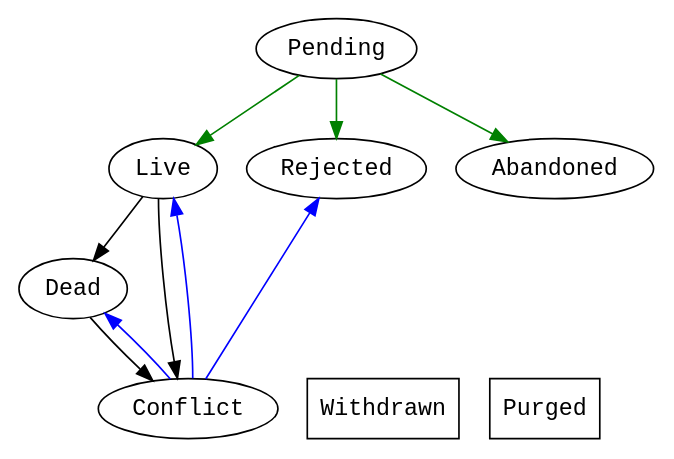
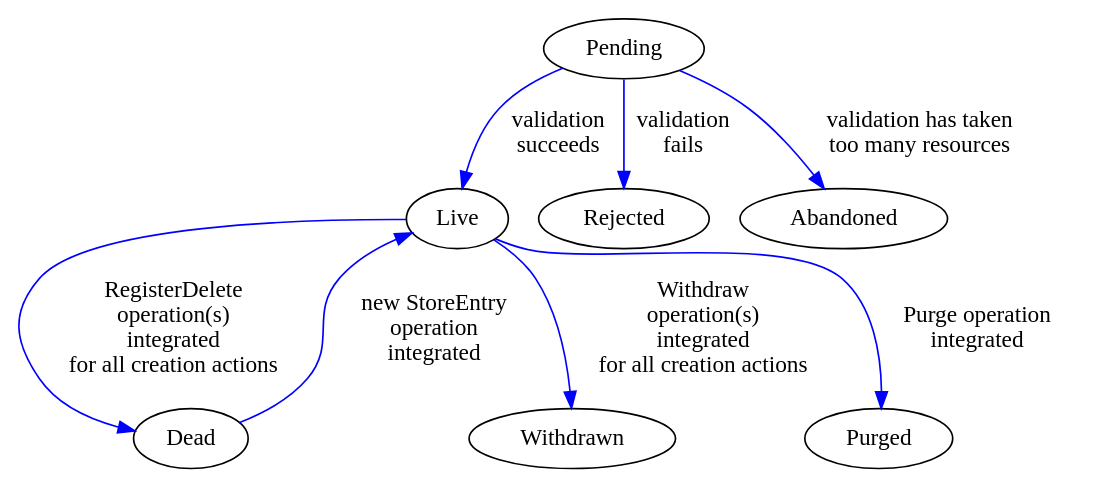
One commit to holochain/holochain changed the second of 2 diagrams in docs/specs/src/hwp_A_implementation_spec.md. Above: the diagram before and after it, drawn with Graphviz. The commit also changed other lines of this file, not shown here.

Commit message:
big edits to validation/DHT status section

````diff
--- a/docs/specs/src/hwp_A_implementation_spec.md
+++ b/docs/specs/src/hwp_A_implementation_spec.md
@@ -1579,18 +1531,13 @@
-```graphviz
+```dot
 digraph {
-    node [fontname=Courier] //All nodes
-    edge [] //All the lines
+    edge [color=Blue]
 
-    Pending->{Live Rejected Abandoned} [color=Green]
-    Live->{Dead}->Conflict
-    Live->Conflict
-    Conflict->{Live Dead Rejected} [color=Blue]
-
-    Withdrawn [shape="box"]
-    Purged [shape="box"]
-
-    {rank=same;Live Rejected Abandoned}
-    {rank=same; Dead}
-    {rank=same;Conflict Withdrawn Purged}
+    Pending -> Live [label="validation\nsucceeds"]
+    Pending -> Rejected [label="validation\nfails"]
+    Pending -> Abandoned [label="validation has taken\ntoo many resources"]
+    Live -> Dead [label="RegisterDelete\noperation(s)\nintegrated\nfor all creation actions"]
+    Dead -> Live [label="new StoreEntry\noperation\nintegrated"]
+    Live -> Withdrawn [label="Withdraw\noperation(s)\nintegrated\nfor all creation actions"]
+    Live -> Purged [label="Purge operation\nintegrated"]
 }
 ```
````
